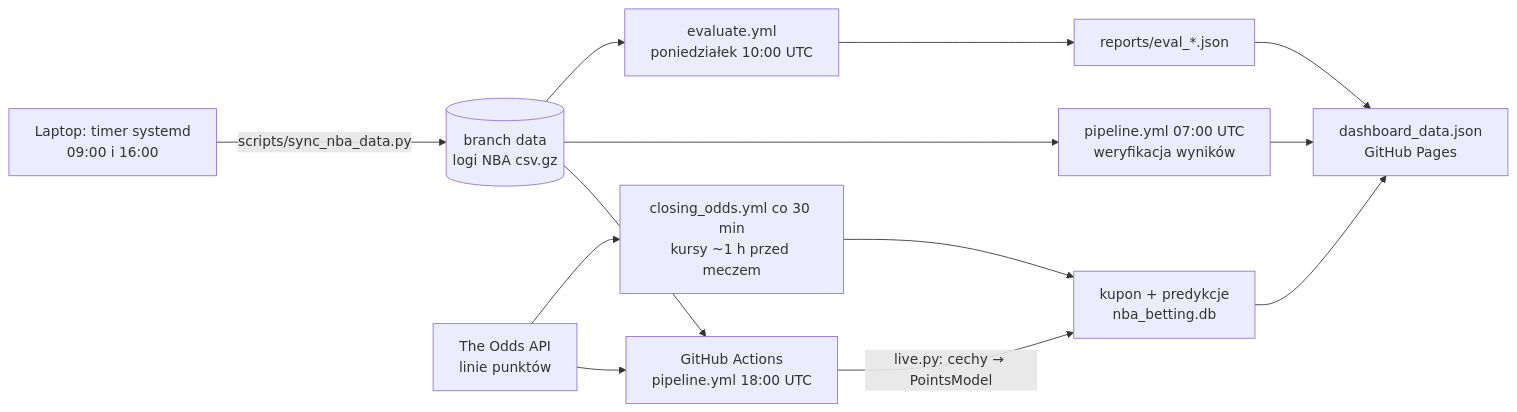
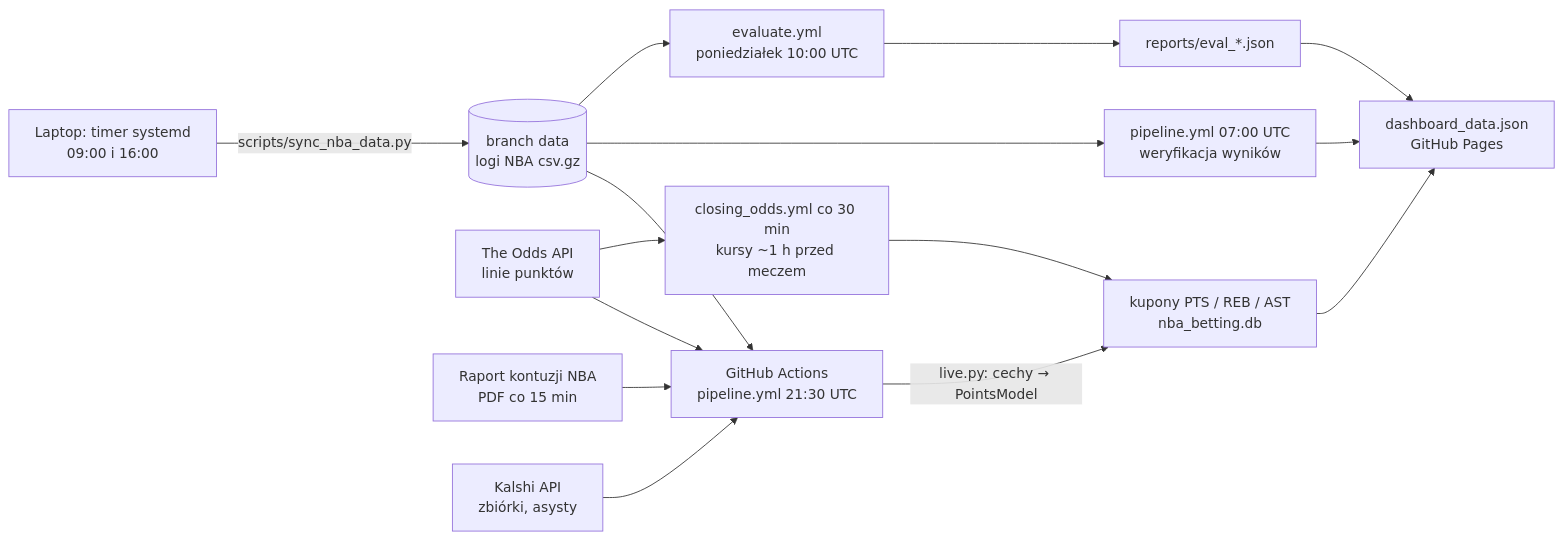
One commit to K4j745/nba_betting changed the diagram in README.md. Above: the diagram before and after it, drawn with Mermaid. The commit also changed other lines of this file and 11 other files, not shown here.

First line of the commit message:
feat: zbiórki i asysty — model REB/AST, ceny Kalshi, kupony i zakładki dashboardu

````diff
--- a/README.md
+++ b/README.md
@@ -12,13 +12,15 @@
 ```mermaid
 flowchart LR
     T[Laptop: timer systemd<br/>09:00 i 16:00] -->|scripts/sync_nba_data.py| D[(branch data<br/>logi NBA csv.gz)]
-    D --> P[GitHub Actions<br/>pipeline.yml 18:00 UTC]
+    D --> P[GitHub Actions<br/>pipeline.yml 21:30 UTC]
     O[The Odds API<br/>linie punktów] --> P
-    P -->|live.py: cechy → PointsModel| C[kupon + predykcje<br/>nba_betting.db]
+    I[Raport kontuzji NBA<br/>PDF co 15 min] --> P
+    KX[Kalshi API<br/>zbiórki, asysty] --> P
+    P -->|live.py: cechy → PointsModel| C[kupony PTS / REB / AST<br/>nba_betting.db]
     O --> K[closing_odds.yml co 30 min<br/>kursy ~1 h przed meczem] --> C
     D --> V[pipeline.yml 07:00 UTC<br/>weryfikacja wyników]
     D --> E[evaluate.yml<br/>poniedziałek 10:00 UTC]
     C --> B[dashboard_data.json<br/>GitHub Pages]
     V --> B
     E --> R[reports/eval_*.json] --> B
 ```
````
